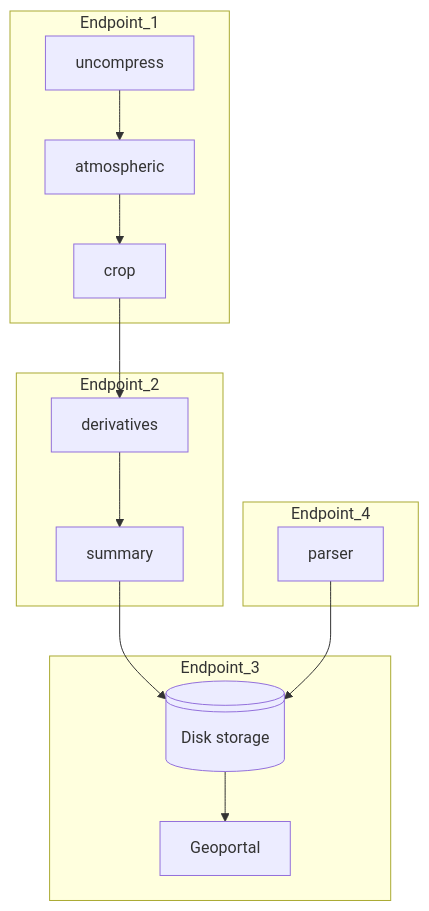
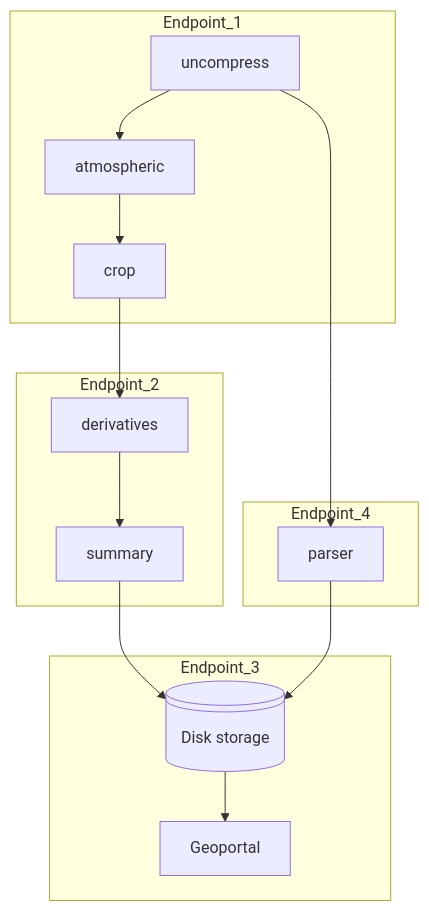
One commit to ddomizzisg/Landsat8Processing changed the diagram in README.md. Above: the diagram before and after it, drawn with Mermaid.

````diff
--- a/README.md
+++ b/README.md
@@ -23,19 +23,20 @@
 ```mermaid
 flowchart TD
     subgraph Endpoint_1
     uncompress-->atmospheric
     atmospheric-->crop
     end
     subgraph Endpoint_2
     crop-->derivatives
     derivatives-->summary
     end
     subgraph Endpoint_3
     summary-->A
     A@{ shape: lin-cyl, label: "Disk storage" }
     A-->Geoportal
     end
     subgraph Endpoint_4
+    uncompress-->parser
     parser --> A
     end
 ```
````
